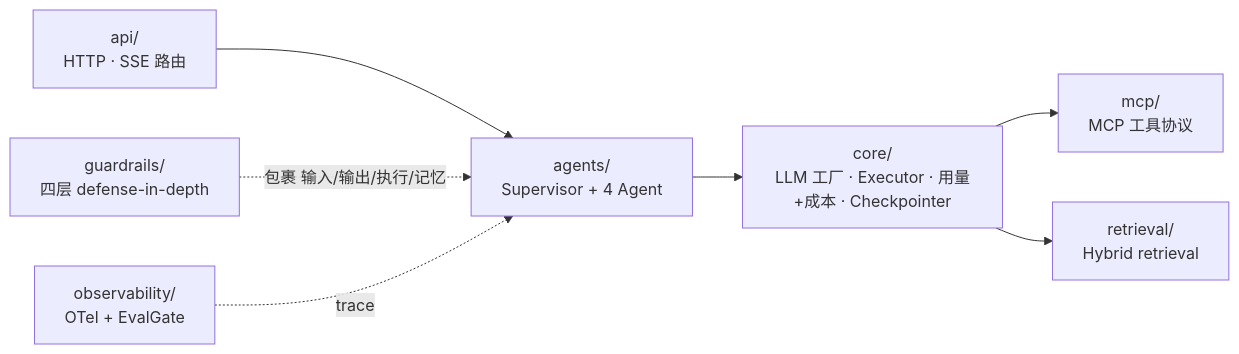
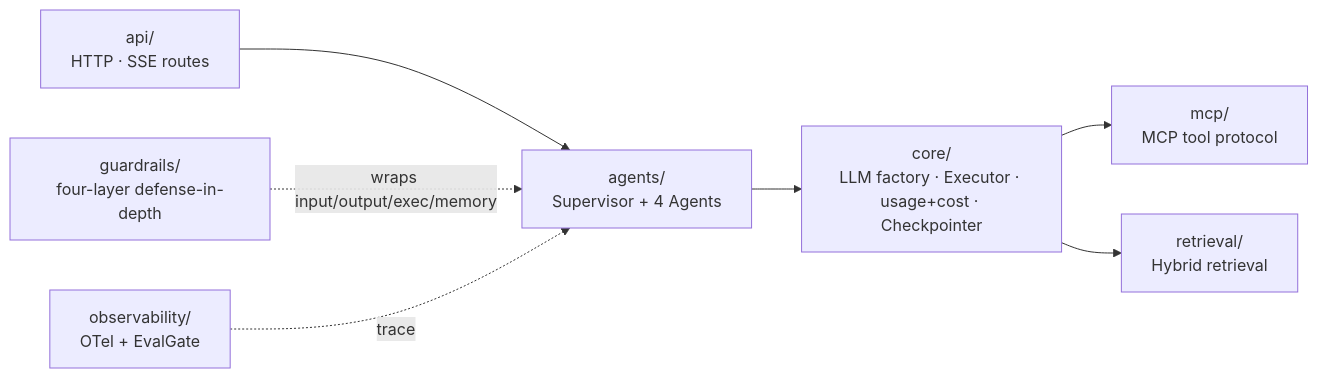
Before and after one commit to AndyUneducated/resolve-ai: the diagram in apps/api/README.md, drawn with Mermaid. The commit also changed other lines of this file and 79 other files, not shown here.

````diff
--- a/apps/api/README.md
+++ b/apps/api/README.md
@@ -7,9 +7,9 @@
 ```mermaid
 flowchart LR
-  http["api/<br/>HTTP · SSE 路由"] --> sup["agents/<br/>Supervisor + 4 Agent"]
-  sup --> core["core/<br/>LLM 工厂 · Executor · 用量+成本 · Checkpointer"]
-  core --> mcp["mcp/<br/>MCP 工具协议"]
+  http["api/<br/>HTTP · SSE routes"] --> sup["agents/<br/>Supervisor + 4 Agents"]
+  sup --> core["core/<br/>LLM factory · Executor · usage+cost · Checkpointer"]
+  core --> mcp["mcp/<br/>MCP tool protocol"]
   core --> ret["retrieval/<br/>Hybrid retrieval"]
-  gr["guardrails/<br/>四层 defense-in-depth"] -.->|"包裹 输入/输出/执行/记忆"| sup
+  gr["guardrails/<br/>four-layer defense-in-depth"] -.->|"wraps input/output/exec/memory"| sup
   obs["observability/<br/>OTel + EvalGate"] -.->|trace| sup
 ```
````
